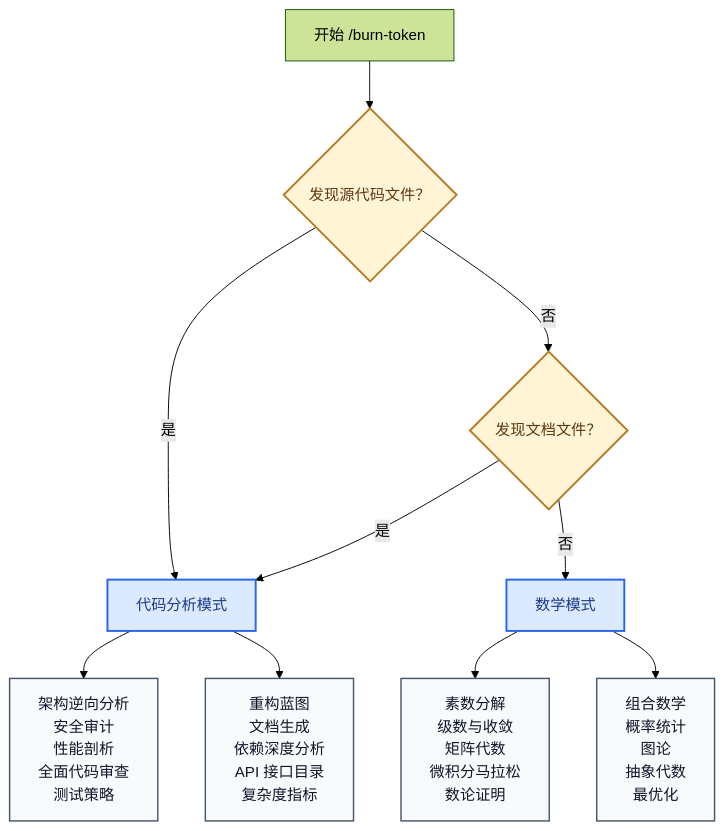
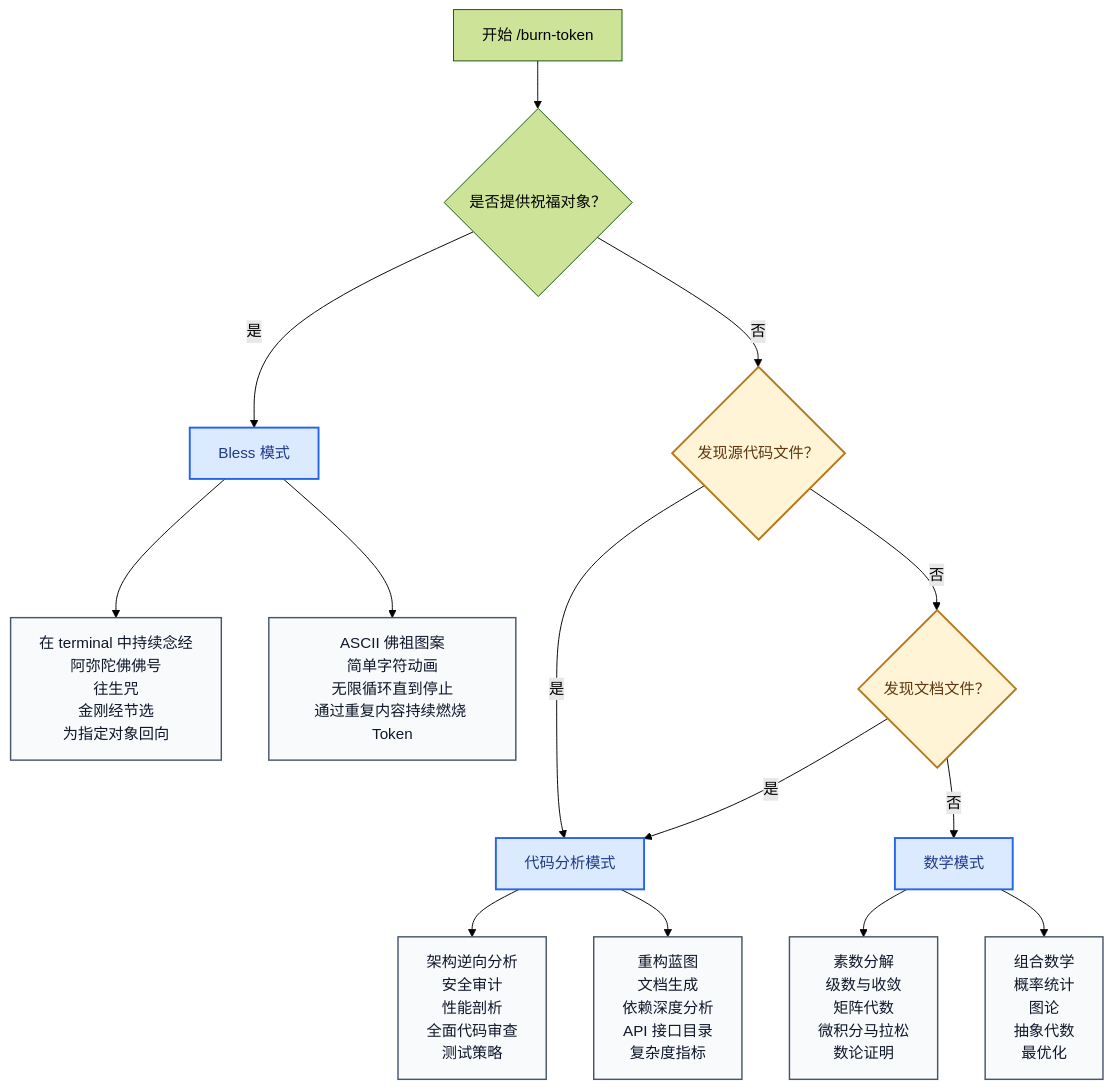
The diagram in README.zh-CN.md (m3dicinegaming6-bot/burn-token), drawn with Mermaid (forest theme) before and after one commit. The commit also changed other lines of this file and 1 other file, not shown here.

Commit message:
Document bless mode in English and Chinese READMEs

````diff
--- a/README.zh-CN.md
+++ b/README.zh-CN.md
@@ -122,30 +126,38 @@
 ```mermaid
 flowchart TD
     start["开始 /burn-token"]
+    intent{"是否提供祝福对象？"}
     source{"发现源代码文件？"}
     docs{"发现文档文件？"}
+    bless["Bless 模式"]
     code["代码分析模式"]
     math["数学模式"]
+    bless_a["在 terminal 中持续念经<br/>阿弥陀佛佛号<br/>往生咒<br/>金刚经节选<br/>为指定对象回向"]
+    bless_b["ASCII 佛祖图案<br/>简单字符动画<br/>无限循环直到停止<br/>通过重复内容持续燃烧 Token"]
     code_a["架构逆向分析<br/>安全审计<br/>性能剖析<br/>全面代码审查<br/>测试策略"]
     code_b["重构蓝图<br/>文档生成<br/>依赖深度分析<br/>API 接口目录<br/>复杂度指标"]
     math_a["素数分解<br/>级数与收敛<br/>矩阵代数<br/>微积分马拉松<br/>数论证明"]
     math_b["组合数学<br/>概率统计<br/>图论<br/>抽象代数<br/>最优化"]
 
-    start --> source
+    start --> intent
+    intent -- 是 --> bless
+    intent -- 否 --> source
     source -- 是 --> code
     source -- 否 --> docs
     docs -- 是 --> code
     docs -- 否 --> math
+    bless --> bless_a
+    bless --> bless_b
     code --> code_a
     code --> code_b
     math --> math_a
     math --> math_b
 
     classDef decision fill:#fff4d6,stroke:#b7791f,stroke-width:2px,color:#5f370e;
     classDef mode fill:#dbeafe,stroke:#2563eb,stroke-width:2px,color:#1e3a8a;
     classDef detail fill:#f8fafc,stroke:#475569,stroke-width:1.5px,color:#0f172a;
 
     class source,docs decision;
-    class code,math mode;
-    class code_a,code_b,math_a,math_b detail;
+    class bless,code,math mode;
+    class bless_a,bless_b,code_a,code_b,math_a,math_b detail;
 ```
````
